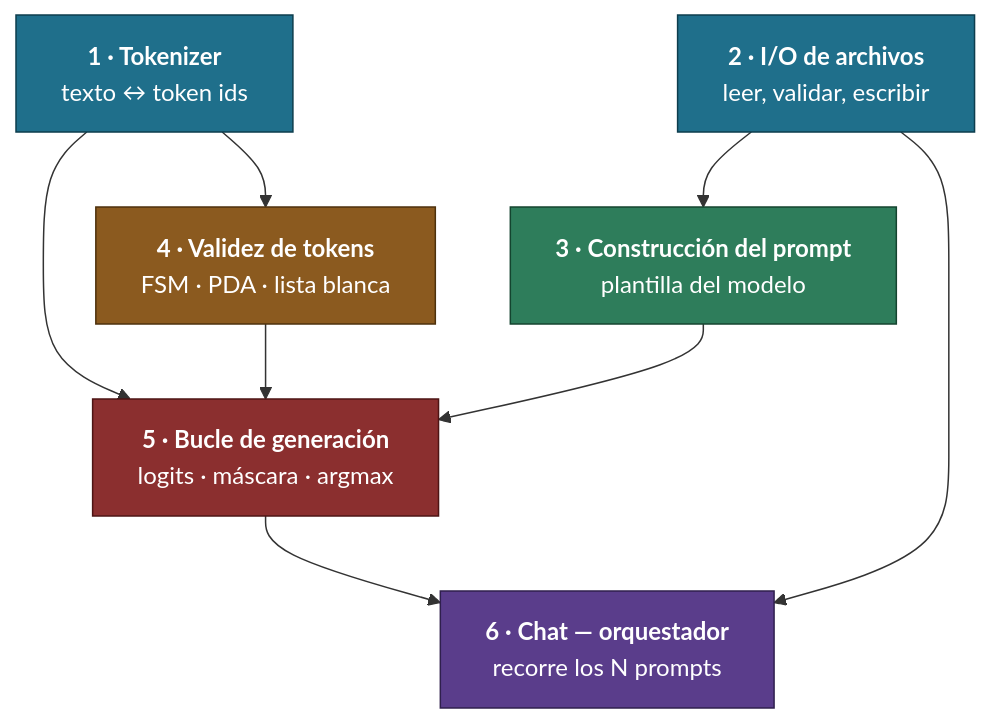
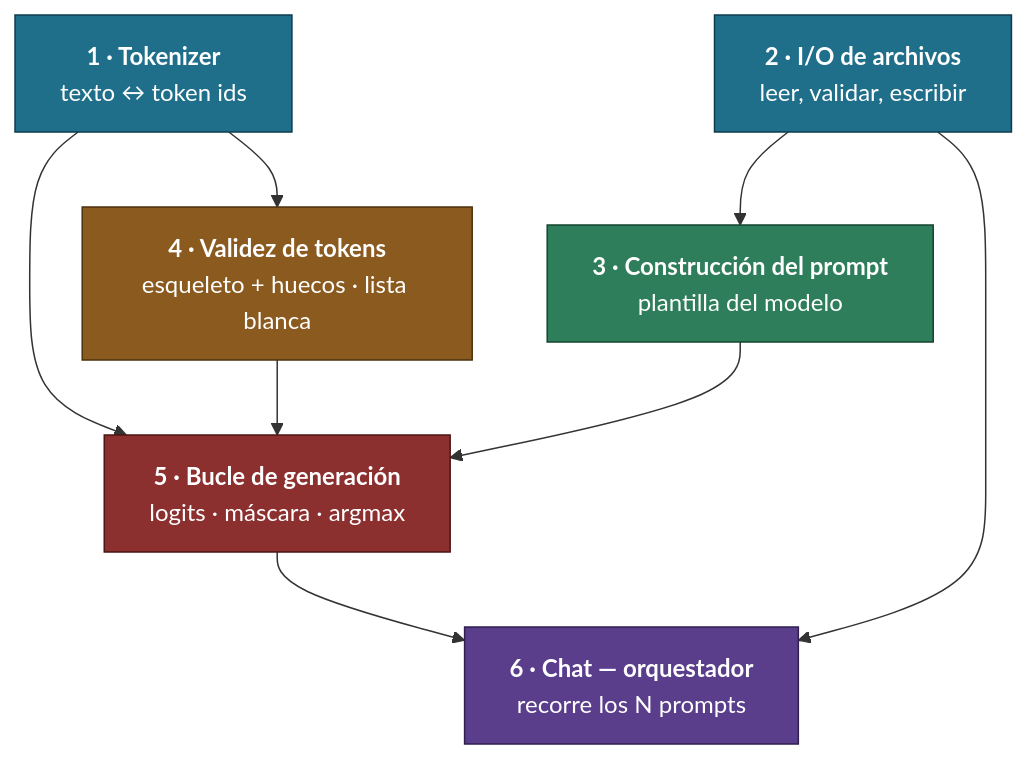
The first of 2 diagrams in workflow/FLOW.md (FNYRD/call_me_maybe), drawn with Mermaid before and after one commit. The commit also changed other lines of this file and 14 other files, not shown here.

````diff
--- a/workflow/FLOW.md
+++ b/workflow/FLOW.md
@@ -21,24 +21,24 @@
 ```mermaid
 graph TD
     B1["<b>1 · Tokenizer</b><br/>texto ↔ token ids"]
     B2["<b>2 · I/O de archivos</b><br/>leer, validar, escribir"]
     B3["<b>3 · Construcción del prompt</b><br/>plantilla del modelo"]
-    B4["<b>4 · Validez de tokens</b><br/>FSM · PDA · lista blanca"]
+    B4["<b>4 · Validez de tokens</b><br/>esqueleto + huecos · lista blanca"]
     B5["<b>5 · Bucle de generación</b><br/>logits · máscara · argmax"]
     B6["<b>6 · Chat — orquestador</b><br/>recorre los N prompts"]
 
     B1 --> B5
     B2 --> B3
     B3 --> B5
     B4 --> B5
     B5 --> B6
     B1 --> B4
     B2 --> B6
 
     style B1 fill:#1f6f8b,stroke:#0d3d4d,color:#fff
     style B2 fill:#1f6f8b,stroke:#0d3d4d,color:#fff
     style B3 fill:#2e7d5b,stroke:#14442f,color:#fff
     style B4 fill:#8b5a1f,stroke:#4d310d,color:#fff
     style B5 fill:#8b2f2f,stroke:#4d1414,color:#fff
     style B6 fill:#5a3d8b,stroke:#2f1f4d,color:#fff
 ```
````
